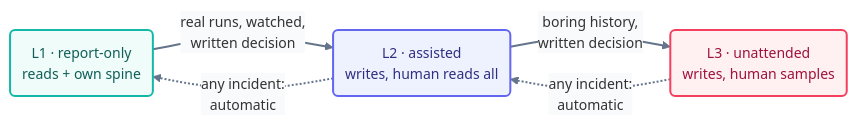
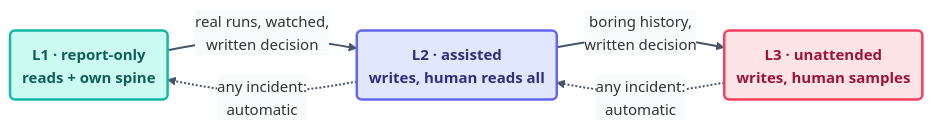
The diagram in docs/10-operating/safety.md (ayeshakhalid192007-dev/LoopEngineering-CrashCourse), drawn with Mermaid before and after one commit. The commit also changed 66 other files, not shown here.

First line of the commit message:
docs(diagrams): visibly bolder pass — deeper fills, heavier strokes, semibold labels

````diff
--- a/docs/10-operating/safety.md
+++ b/docs/10-operating/safety.md
@@ -37,12 +37,12 @@
 ```mermaid
-%%{init: {'theme':'base','themeVariables':{'fontFamily':'ui-sans-serif, system-ui, sans-serif','fontSize':'14px','lineColor':'#64748b','edgeLabelBackground':'#f8fafc'},'flowchart':{'curve':'basis','nodeSpacing':45,'rankSpacing':55,'padding':12}}}%%
+%%{init: {'theme':'base','themeVariables':{'fontFamily':'ui-sans-serif, system-ui, sans-serif','fontSize':'15px','lineColor':'#475569','edgeLabelBackground':'#f8fafc'},'flowchart':{'curve':'basis','nodeSpacing':45,'rankSpacing':55,'padding':12}}}%%
 flowchart LR
     L1c("L1 · report-only<br/>reads + own spine"):::l1 -->|"real runs, watched,<br/>written decision"| L2c("L2 · assisted<br/>writes, human reads all"):::l2
     L2c -->|"boring history,<br/>written decision"| L3c("L3 · unattended<br/>writes, human samples"):::l3
     L3c -.->|"any incident:<br/>automatic"| L2c
     L2c -.->|"any incident:<br/>automatic"| L1c
-    linkStyle default stroke:#64748b,stroke-width:2px;
-    classDef l1 fill:#effcf9,stroke:#14b8a6,stroke-width:2px,color:#115e59;
-    classDef l2 fill:#eef2ff,stroke:#6366f1,stroke-width:2px,color:#312e81;
-    classDef l3 fill:#fff1f2,stroke:#f43f5e,stroke-width:2px,color:#9f1239;
+    linkStyle default stroke:#475569,stroke-width:2px;
+    classDef l1 fill:#ccfbf1,stroke:#14b8a6,stroke-width:2.5px,color:#115e59,font-weight:600;
+    classDef l2 fill:#e0e7ff,stroke:#6366f1,stroke-width:2.5px,color:#312e81,font-weight:600;
+    classDef l3 fill:#ffe4e6,stroke:#f43f5e,stroke-width:2.5px,color:#9f1239,font-weight:600;
 ```
````
